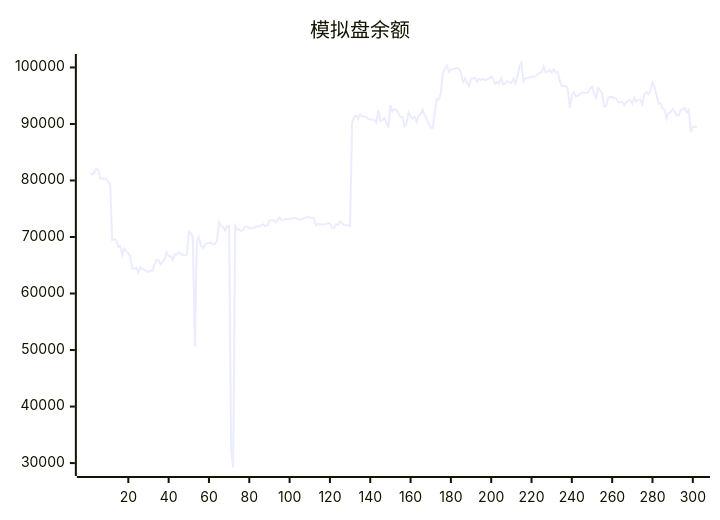
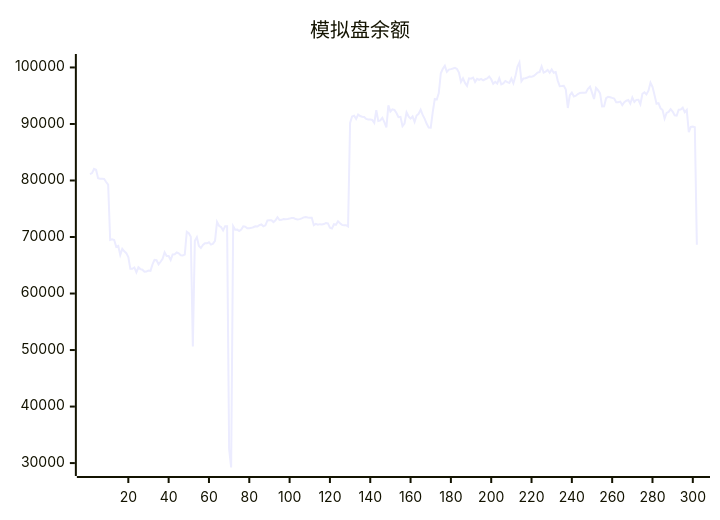
One commit to aahl/ai-trading changed the diagram in README.md. Above: the diagram before and after it, drawn with Mermaid. The commit also changed other lines of this file and 1 other file, not shown here.

````diff
--- a/README.md
+++ b/README.md
@@ -5,5 +5,5 @@
 ```mermaid
 xychart
     title "模拟盘余额"
-    line [81130,81118,81306,82066,81909,80392,80304,80291,80258,79729,79261,69466,69579,69456,68251,68415,66832,67911,67462,67144,66432,64380,64375,64606,63741,64647,64324,64216,63842,63877,64079,64008,65156,65945,65888,65157,65625,66144,67284,66653,66639,65924,66925,66956,67263,67108,66766,66729,66886,70927,70673,70049,50652,69334,69973,68400,68061,68578,68877,68879,69055,68662,68822,69329,72687,71999,71760,71163,71911,71896,32500,29218,71927,71297,71305,71044,71337,71883,71822,71536,71536,71622,71723,71880,71860,72100,72216,71887,72077,72940,72976,72966,72638,72948,73497,73004,73041,73173,73160,73187,73258,73375,73351,73173,73098,73161,73305,73474,73536,73457,73413,73412,72100,72333,72164,72272,72204,72285,72461,72421,71652,71521,72267,72157,72774,72425,72144,72060,72091,71858,90185,91338,91466,90900,91678,91404,91268,91244,90903,90779,90787,90721,90187,92429,90518,90619,91070,90328,89376,93286,92202,92581,92485,91947,91196,91259,89619,90086,92063,91355,90950,91327,90373,91498,91800,92531,91603,90910,90031,89351,89334,92097,94406,94315,95455,98972,99763,100286,99229,99622,99701,99805,99938,99738,99082,97430,98094,97267,96741,98081,98013,98194,97447,97983,97789,97969,97729,97911,98043,98405,97912,97120,97448,97154,98095,97021,97191,97616,97402,97263,98035,97210,98424,100121,100876,97552,98049,98085,98228,98388,98342,98488,98750,99086,99181,100188,99107,99272,99553,99072,99636,99061,99186,97674,96679,96704,96743,96096,92830,95088,95560,94866,94995,95295,95497,95531,95527,95559,96236,96597,95538,94422,96363,95972,95418,93095,93128,94558,94795,94727,94611,94508,93857,93852,93955,93340,93862,94112,94249,93603,94682,93898,94267,94288,93490,95337,95601,95226,95879,97301,96573,95113,93569,93681,92773,92453,90953,91954,92130,92637,92209,91536,91462,92532,92562,92875,92086,92488,88547,89491,89563,89429]
+    line [81118,81306,82066,81909,80392,80304,80291,80258,79729,79261,69466,69579,69456,68251,68415,66832,67911,67462,67144,66432,64380,64375,64606,63741,64647,64324,64216,63842,63877,64079,64008,65156,65945,65888,65157,65625,66144,67284,66653,66639,65924,66925,66956,67263,67108,66766,66729,66886,70927,70673,70049,50652,69334,69973,68400,68061,68578,68877,68879,69055,68662,68822,69329,72687,71999,71760,71163,71911,71896,32500,29218,71927,71297,71305,71044,71337,71883,71822,71536,71536,71622,71723,71880,71860,72100,72216,71887,72077,72940,72976,72966,72638,72948,73497,73004,73041,73173,73160,73187,73258,73375,73351,73173,73098,73161,73305,73474,73536,73457,73413,73412,72100,72333,72164,72272,72204,72285,72461,72421,71652,71521,72267,72157,72774,72425,72144,72060,72091,71858,90185,91338,91466,90900,91678,91404,91268,91244,90903,90779,90787,90721,90187,92429,90518,90619,91070,90328,89376,93286,92202,92581,92485,91947,91196,91259,89619,90086,92063,91355,90950,91327,90373,91498,91800,92531,91603,90910,90031,89351,89334,92097,94406,94315,95455,98972,99763,100286,99229,99622,99701,99805,99938,99738,99082,97430,98094,97267,96741,98081,98013,98194,97447,97983,97789,97969,97729,97911,98043,98405,97912,97120,97448,97154,98095,97021,97191,97616,97402,97263,98035,97210,98424,100121,100876,97552,98049,98085,98228,98388,98342,98488,98750,99086,99181,100188,99107,99272,99553,99072,99636,99061,99186,97674,96679,96704,96743,96096,92830,95088,95560,94866,94995,95295,95497,95531,95527,95559,96236,96597,95538,94422,96363,95972,95418,93095,93128,94558,94795,94727,94611,94508,93857,93852,93955,93340,93862,94112,94249,93603,94682,93898,94267,94288,93490,95337,95601,95226,95879,97301,96573,95113,93569,93681,92773,92453,90953,91954,92130,92637,92209,91536,91462,92532,92562,92875,92086,92488,88547,89491,89563,89429,68632]
 ```
````
